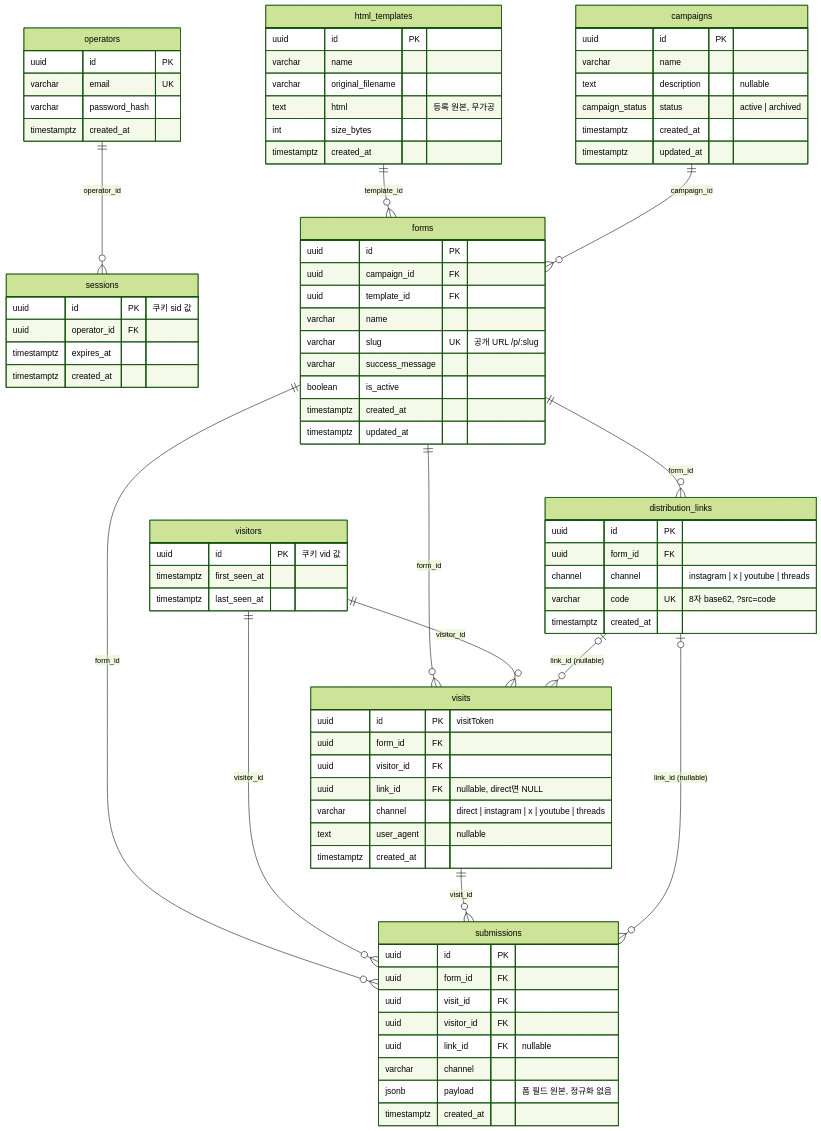
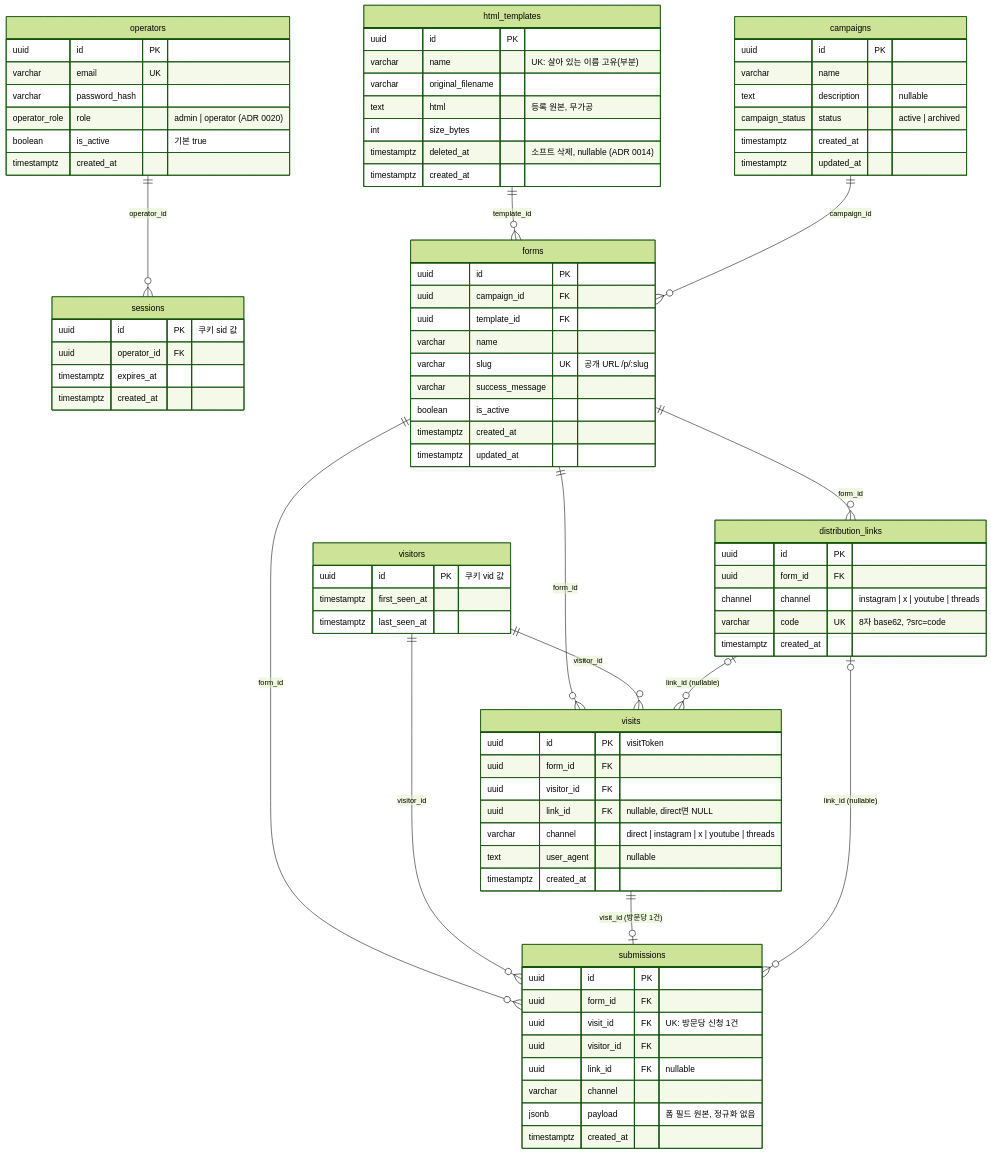
One commit to mitoconcrete/leadmagnet-crm changed the first of 6 diagrams in docs/diagrams.md. Above: the diagram before and after it, drawn with Mermaid (forest theme). The commit also changed other lines of this file and 3 other files, not shown here.

First line of the commit message:
docs: ERD·방문자 흐름·파이프라인 다이어그램을 구현과 재동기화

```diff
--- a/docs/diagrams.md
+++ b/docs/diagrams.md
@@ -19,7 +19,7 @@
     forms ||--o{ submissions : "form_id"
     visitors ||--o{ visits : "visitor_id"
     visitors ||--o{ submissions : "visitor_id"
-    visits ||--o{ submissions : "visit_id"
+    visits ||--o| submissions : "visit_id (방문당 1건)"
     distribution_links o|--o{ visits : "link_id (nullable)"
     distribution_links o|--o{ submissions : "link_id (nullable)"
 
@@ -27,6 +27,8 @@
         uuid id PK
         varchar email UK
         varchar password_hash
+        operator_role role "admin | operator (ADR 0020)"
+        boolean is_active "기본 true"
         timestamptz created_at
     }
     sessions {
@@ -37,10 +39,11 @@
     }
     html_templates {
         uuid id PK
-        varchar name
+        varchar name "UK: 살아 있는 이름 고유(부분)"
         varchar original_filename
         text html "등록 원본, 무가공"
         int size_bytes
+        timestamptz deleted_at "소프트 삭제, nullable (ADR 0014)"
         timestamptz created_at
     }
     campaigns {
@@ -86,7 +89,7 @@
     submissions {
         uuid id PK
         uuid form_id FK
-        uuid visit_id FK
+        uuid visit_id FK "UK: 방문당 신청 1건"
         uuid visitor_id FK
         uuid link_id FK "nullable"
         varchar channel
```
